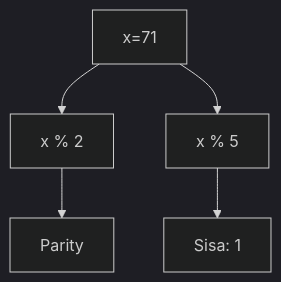
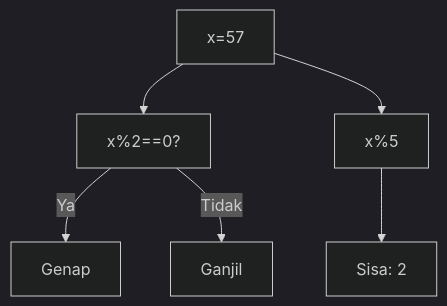
Before and after one commit to amnahwaida/OSNK_INF_PREP: the fourth of 25 diagrams in part-c-pemahaman-cpp/06-bitwise/latihan/set-05.md, drawn with Mermaid (dark theme). The commit also changed other lines of this file and 71 other files, not shown here.

Commit message:
Fixed Mermaid syntax lexical errors with quoted labels in 1,800 questions

````diff
--- a/part-c-pemahaman-cpp/06-bitwise/latihan/set-05.md
+++ b/part-c-pemahaman-cpp/06-bitwise/latihan/set-05.md
@@ -54,7 +120,8 @@
 ```mermaid
 graph TD
-A[x=71] --> B[x % 2]
-B --> C[Parity]
-A --> D[x % 5]
-D --> E[Sisa: 1]
+A["x=57"] --> B["x%2==0?"]
+B -- Ya --> C["Genap"]
+B -- Tidak --> D["Ganjil"]
+A --> E["x%5"]
+E --> F["Sisa: 2"]
 ```
````
